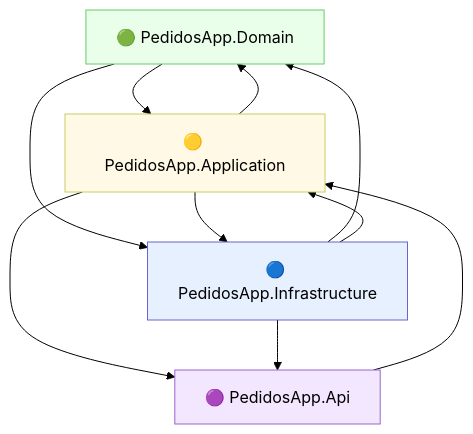
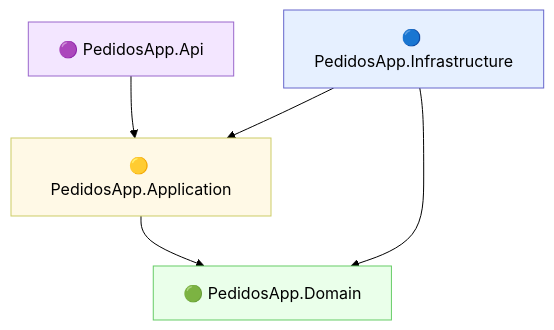
Before and after one commit to sergio-rojas-aragon/technical-documentation: the second of 2 diagrams in Arquitecturas/index.md, drawn with Mermaid (forest theme). The commit also changed 1 other file, not shown here.

Commit message:
segundo mermaid con color y borde 2

````diff
--- a/Arquitecturas/index.md
+++ b/Arquitecturas/index.md
@@ -244,26 +244,26 @@
 ```mermaid
 graph TD
     %% ======== PROYECTOS .NET ======== %%
-    A[🟢 PedidosApp.Domain] --> B[🟡 PedidosApp.Application]
-    B --> C[🟣 PedidosApp.Api]
-    A --> D[🔵 PedidosApp.Infrastructure]
-    B --> D
-    D --> C
+    Api[🟣 PedidosApp.Api]
+    Application[🟡 PedidosApp.Application]
+    Domain[🟢 PedidosApp.Domain]
+    Infrastructure[🔵 PedidosApp.Infrastructure]
 
-    %% ======== FLECHAS REALES (dependencias permitidas) ======== %%
-    C --> B
-    B --> A
-    D --> A
-    D --> B
+    %% ======== DEPENDENCIAS PERMITIDAS ======== %%
+    Api --> Application
+    Application --> Domain
+    Infrastructure --> Application
+    Infrastructure --> Domain
 
-    %% ======== ESTILO ======== %%
+    %% ======== ESTILO VISUAL ======== %%
     classDef domain fill:#eaffea,stroke:#6c6,stroke-width:1px;
     classDef app fill:#fff9e6,stroke:#cc6,stroke-width:1px;
     classDef infra fill:#e6f0ff,stroke:#66c,stroke-width:1px;
     classDef api fill:#f3e6ff,stroke:#96c,stroke-width:1px;
 
-    class A domain;
-    class B app;
-    class C api;
-    class D infra;
+    class Domain domain;
+    class Application app;
+    class Infrastructure infra;
+    class Api api;
+
 ```
````
